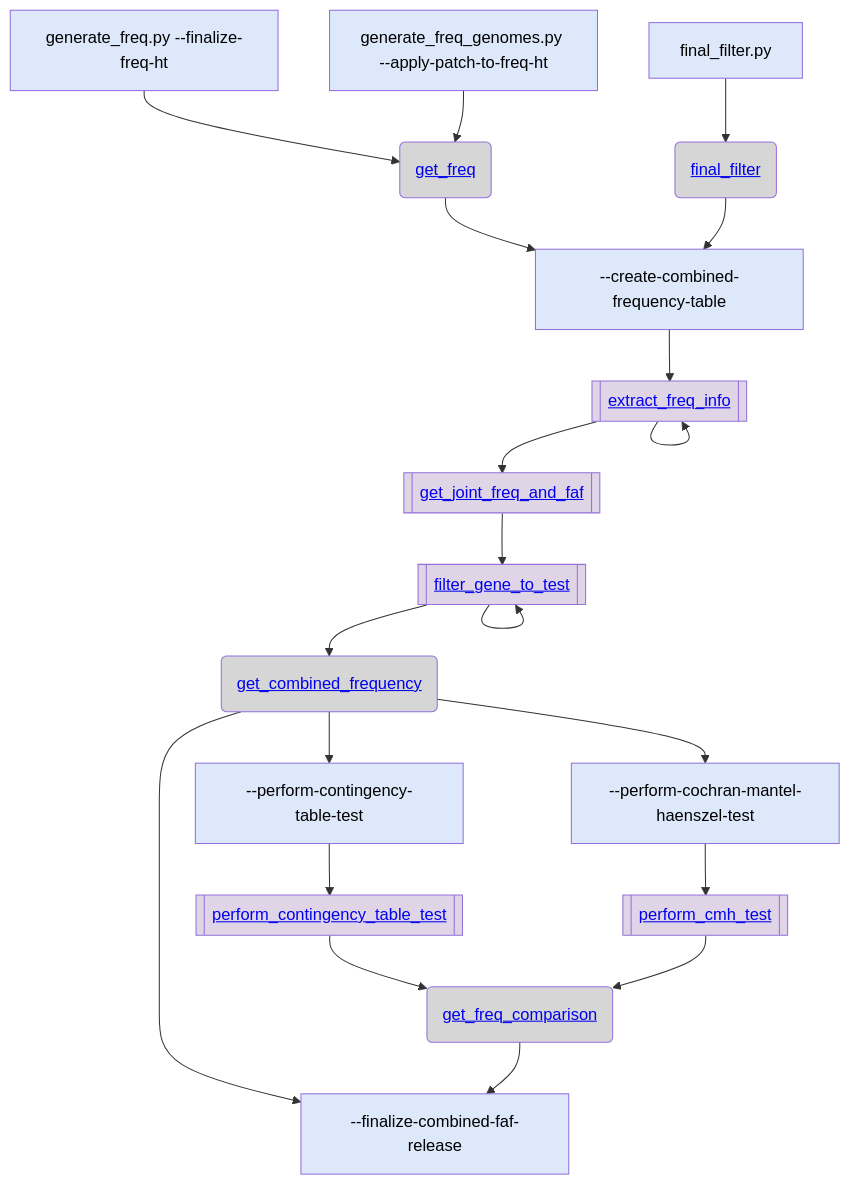
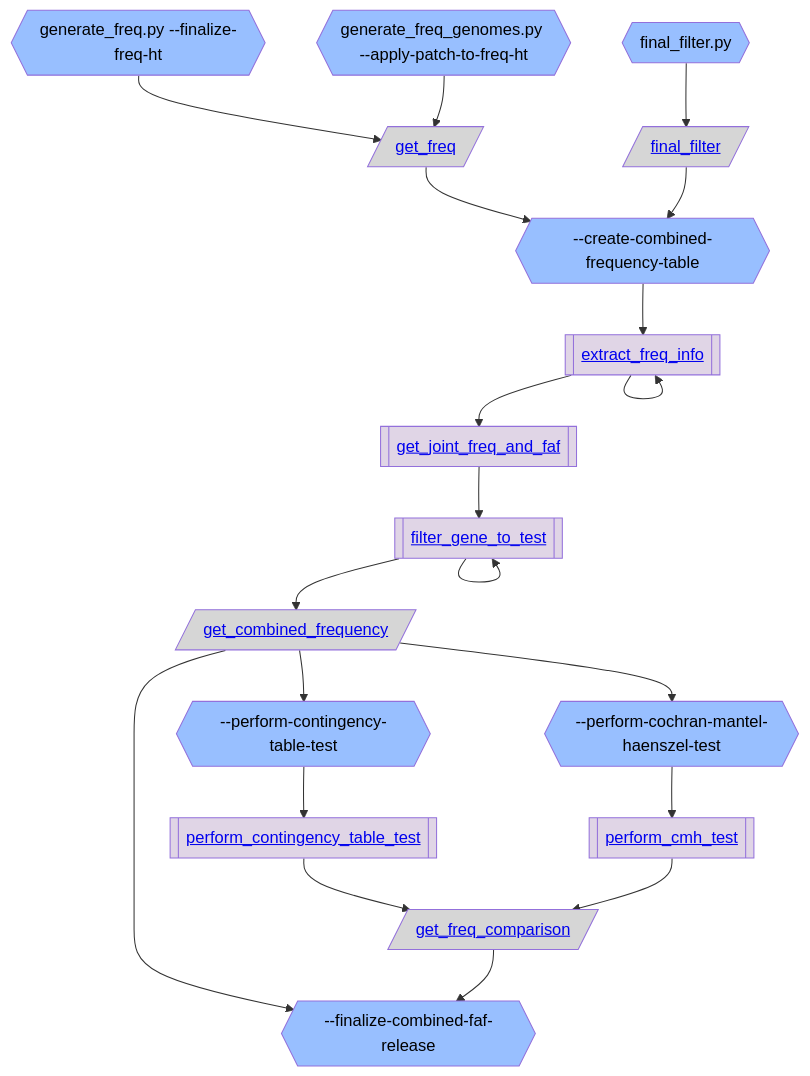
The second of 3 diagrams in gnomad_qc/v4/create_release/README.md (broadinstitute/gnomad_qc), drawn with Mermaid before and after one commit. The commit also changed other lines of this file and 4 other files, not shown here.

````diff
--- a/gnomad_qc/v4/create_release/README.md
+++ b/gnomad_qc/v4/create_release/README.md
@@ -50,46 +50,46 @@
 ```mermaid
 flowchart TB;
   classDef script_color fill:#2C5D4A,color:#000000
-  classDef step_color fill:#DDE9FB,color:#000000
+  classDef step_color fill:#98BFFF,color:#000000
   classDef func_color fill:#E0D5E6,color:#000000
   classDef gnomad_methods_color fill:#F9F2CE,color:#000000
   classDef hail_color fill:#FAEACE,color:#000000
   classDef resource_color fill:#D6D6D6,color:#000000
   classDef validity_check_color fill:#2C5D4A,color:#000000
 
-  step_finalize_freq_ht["generate_freq.py --finalize-freq-ht"]:::step_color;
-  resource_get_freq("<a href='https://github.com/broadinstitute/gnomad_qc/tree/main/gnomad_qc/v4/resources/annotations.py#L284'>get_freq</a>"):::resource_color;
-  step_create_combined_frequency_table["--create-combined-frequency-table"]:::step_color;
+  step_finalize_freq_ht{{"generate_freq.py --finalize-freq-ht"}}:::step_color;
+  resource_get_freq[/"<a href='https://github.com/broadinstitute/gnomad_qc/tree/main/gnomad_qc/v4/resources/annotations.py#L284'>get_freq</a>"/]:::resource_color;
+  step_create_combined_frequency_table{{"--create-combined-frequency-table"}}:::step_color;
   func_extract_freq_info[["<a href='https://github.com/broadinstitute/gnomad_qc/tree/main/gnomad_qc/v4/create_release/create_combined_faf_release_ht.py#L63'>extract_freq_info</a>"]]:::func_color;
   func_get_joint_freq_and_faf[["<a href='https://github.com/broadinstitute/gnomad_qc/tree/main/gnomad_qc/v4/create_release/create_combined_faf_release_ht.py#L154'>get_joint_freq_and_faf</a>"]]:::func_color;
   func_filter_gene_to_test[["<a href='https://github.com/broadinstitute/gnomad_qc/tree/main/gnomad_qc/v4/create_release/create_combined_faf_release_ht.py#L50'>filter_gene_to_test</a>"]]:::func_color;
-  step_apply_patch_to_freq_ht["generate_freq_genomes.py --apply-patch-to-freq-ht"]:::step_color;
-  step_final_filter.py["final_filter.py"]:::step_color;
-  resource_final_filter("<a href='https://github.com/broadinstitute/gnomad_qc/tree/main/gnomad_qc/v4/resources/variant_qc.py#L285'>final_filter</a>"):::resource_color;
-  resource_get_combined_frequency("<a href='https://github.com/broadinstitute/gnomad_qc/tree/main/gnomad_qc/v4/resources/annotations.py#L331'>get_combined_frequency</a>"):::resource_color;
-  step_perform_contingency_table_test["--perform-contingency-table-test"]:::step_color;
+  step_apply_patch_to_freq_ht{{"generate_freq_genomes.py --apply-patch-to-freq-ht"}}:::step_color;
+  step_final_filter.py{{"final_filter.py"}}:::step_color;
+  resource_final_filter[/"<a href='https://github.com/broadinstitute/gnomad_qc/tree/main/gnomad_qc/v4/resources/variant_qc.py#L285'>final_filter</a>"/]:::resource_color;
+  resource_get_combined_frequency[/"<a href='https://github.com/broadinstitute/gnomad_qc/tree/main/gnomad_qc/v4/resources/annotations.py#L331'>get_combined_frequency</a>"/]:::resource_color;
+  step_perform_contingency_table_test{{"--perform-contingency-table-test"}}:::step_color;
   func_perform_contingency_table_test[["<a href='https://github.com/broadinstitute/gnomad_qc/tree/main/gnomad_qc/v4/create_release/create_combined_faf_release_ht.py#L244'>perform_contingency_table_test</a>"]]:::func_color;
-  step_finalize_combined_faf_release["--finalize-combined-faf-release"]:::step_color;
-  resource_get_freq_comparison("<a href='https://github.com/broadinstitute/gnomad_qc/tree/main/gnomad_qc/v4/resources/annotations.py#L352'>get_freq_comparison</a>"):::resource_color;
-  step_perform_cochran_mantel_haenszel_test["--perform-cochran-mantel-haenszel-test"]:::step_color;
+  step_finalize_combined_faf_release{{"--finalize-combined-faf-release"}}:::step_color;
+  resource_get_freq_comparison[/"<a href='https://github.com/broadinstitute/gnomad_qc/tree/main/gnomad_qc/v4/resources/annotations.py#L352'>get_freq_comparison</a>"/]:::resource_color;
+  step_perform_cochran_mantel_haenszel_test{{"--perform-cochran-mantel-haenszel-test"}}:::step_color;
   func_perform_cmh_test[["<a href='https://github.com/broadinstitute/gnomad_qc/tree/main/gnomad_qc/v4/create_release/create_combined_faf_release_ht.py#L305'>perform_cmh_test</a>"]]:::func_color;
   step_finalize_freq_ht --> resource_get_freq;
   resource_get_freq --> step_create_combined_frequency_table;
   step_create_combined_frequency_table --> func_extract_freq_info;
   func_extract_freq_info --> func_extract_freq_info;
   func_extract_freq_info --> func_get_joint_freq_and_faf;
   func_get_joint_freq_and_faf --> func_filter_gene_to_test;
   func_filter_gene_to_test --> func_filter_gene_to_test;
   step_apply_patch_to_freq_ht --> resource_get_freq;
   step_final_filter.py --> resource_final_filter;
   resource_final_filter --> step_create_combined_frequency_table;
   func_filter_gene_to_test --> resource_get_combined_frequency;
   resource_get_combined_frequency --> step_perform_contingency_table_test;
   step_perform_contingency_table_test --> func_perform_contingency_table_test;
   resource_get_combined_frequency --> step_finalize_combined_faf_release;
   func_perform_contingency_table_test --> resource_get_freq_comparison;
   resource_get_freq_comparison --> step_finalize_combined_faf_release;
   step_perform_cochran_mantel_haenszel_test --> func_perform_cmh_test;
   func_perform_cmh_test --> resource_get_freq_comparison;
   resource_get_combined_frequency --> step_perform_cochran_mantel_haenszel_test;
 ```
````
